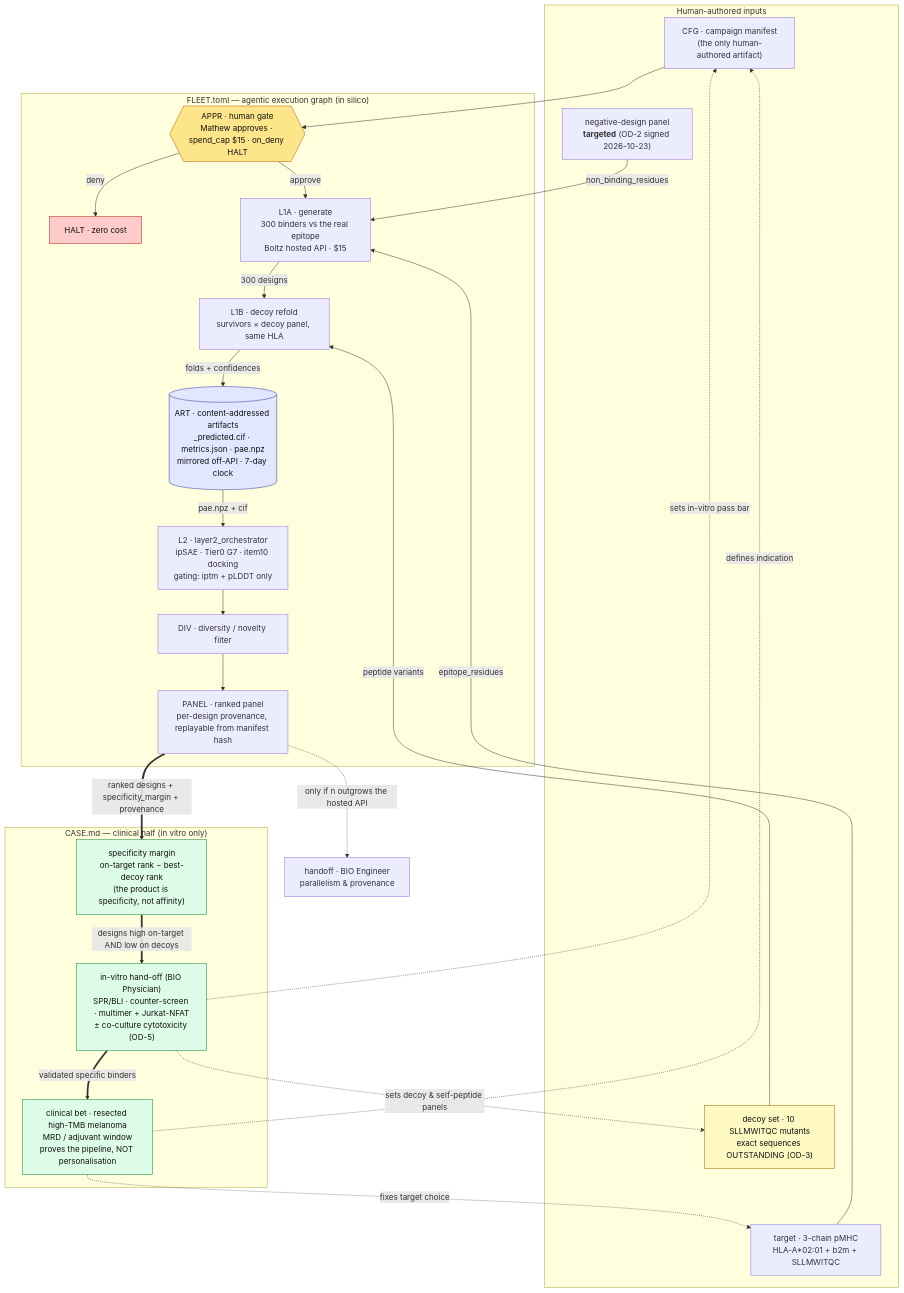
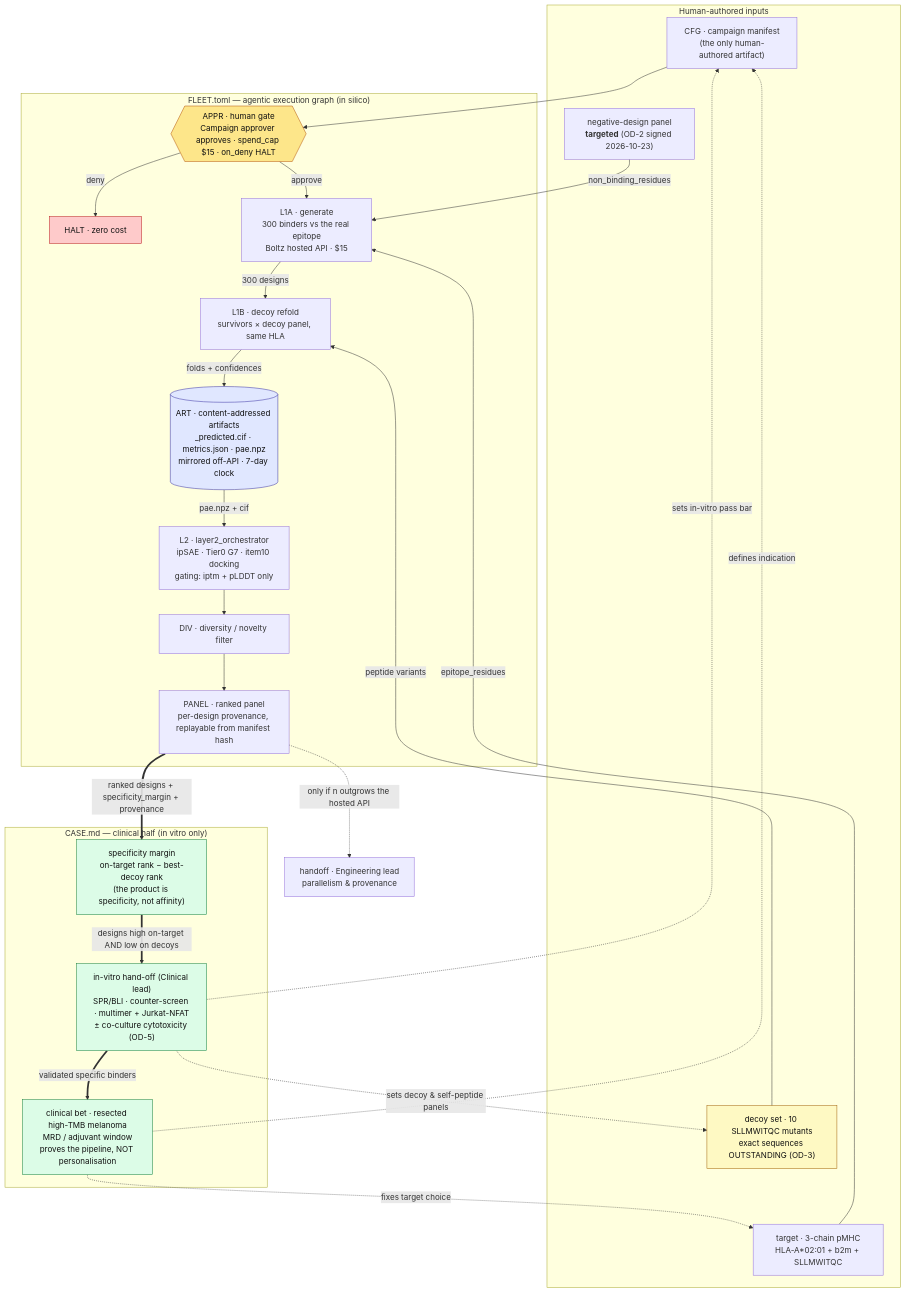
The diagram in fleets/campaigns/NYESO1-A0201/arch.mermaid (wetware-hq/wing), drawn with Mermaid before and after one commit. The commit also changed 23 other files, not shown here.

```diff
--- a/fleets/campaigns/NYESO1-A0201/arch.mermaid
+++ b/fleets/campaigns/NYESO1-A0201/arch.mermaid
@@ -1,68 +1,68 @@
 %% arch.mermaid — planned information transport, FLEET >> CASE
 %% Target NYESO1-A0201. Companion to FLEET.toml (machine half) and CASE.md (clinical half).
 %% Spend/submission status: see FLEET.toml spent_to_date_usd / submitted_to_date. Solid edges = execution; thick edges = the fleet>>case transport; dashed = requirements defined back by the case.
 flowchart TD
 
     subgraph HUMAN["Human-authored inputs"]
         CFG["CFG · campaign manifest<br/>(the only human-authored artifact)"]
         NEG["negative-design panel<br/><b>targeted</b> (OD-2 signed 2026-10-23)"]
         DEC["decoy set · 10 SLLMWITQC mutants<br/>exact sequences OUTSTANDING (OD-3)"]
         TGT["target · 3-chain pMHC<br/>HLA-A*02:01 + b2m + SLLMWITQC"]
     end
 
     subgraph FLEET["FLEET.toml — agentic execution graph (in silico)"]
-        APPR{{"APPR · human gate<br/>Mathew approves · spend_cap $15 · on_deny HALT"}}
+        APPR{{"APPR · human gate<br/>Campaign approver approves · spend_cap $15 · on_deny HALT"}}
         HALT["HALT · zero cost"]
         L1A["L1A · generate<br/>300 binders vs the real epitope<br/>Boltz hosted API · $15"]
         L1B["L1B · decoy refold<br/>survivors × decoy panel, same HLA"]
         ART[("ART · content-addressed artifacts<br/>_predicted.cif · metrics.json · pae.npz<br/>mirrored off-API · 7-day clock")]
         L2["L2 · layer2_orchestrator<br/>ipSAE · Tier0 G7 · item10 docking<br/>gating: iptm + pLDDT only"]
         DIV["DIV · diversity / novelty filter"]
         PANEL["PANEL · ranked panel<br/>per-design provenance, replayable from manifest hash"]
     end
 
     subgraph CASE["CASE.md — clinical half (in vitro only)"]
         MARGIN["specificity margin<br/>on-target rank − best-decoy rank<br/>(the product is specificity, not affinity)"]
-        INVITRO["in-vitro hand-off (BIO Physician)<br/>SPR/BLI · counter-screen · multimer + Jurkat-NFAT<br/>± co-culture cytotoxicity (OD-5)"]
+        INVITRO["in-vitro hand-off (Clinical lead)<br/>SPR/BLI · counter-screen · multimer + Jurkat-NFAT<br/>± co-culture cytotoxicity (OD-5)"]
         CLIN["clinical bet · resected high-TMB melanoma<br/>MRD / adjuvant window<br/>proves the pipeline, NOT personalisation"]
     end
 
     %% requirements the case defines back into the inputs (dashed, case >> fleet)
     CLIN -.->|defines indication| CFG
     CLIN -.->|fixes target choice| TGT
     INVITRO -.->|sets decoy & self-peptide panels| DEC
     INVITRO -.->|sets in-vitro pass bar| CFG
 
     %% human inputs into the graph
     CFG --> APPR
     NEG -->|non_binding_residues| L1A
     TGT -->|epitope_residues| L1A
     DEC -->|peptide variants| L1B
 
     %% forward execution + information transport inside the fleet
     APPR -->|deny| HALT
     APPR -->|approve| L1A
     L1A -->|300 designs| L1B
     L1B -->|folds + confidences| ART
     ART -->|pae.npz + cif| L2
     L2 --> DIV
     DIV --> PANEL
 
     %% the fleet >> case transport (thick)
     PANEL ==>|ranked designs + specificity_margin + provenance| MARGIN
     MARGIN ==>|designs high on-target AND low on decoys| INVITRO
     INVITRO ==>|validated specific binders| CLIN
 
     %% scale handoff
-    PANEL -.->|only if n outgrows the hosted API| ENG["handoff · BIO Engineer<br/>parallelism & provenance"]
+    PANEL -.->|only if n outgrows the hosted API| ENG["handoff · Engineering lead<br/>parallelism & provenance"]
 
     classDef gate fill:#fde68a,stroke:#b45309,color:#111;
     classDef halt fill:#fecaca,stroke:#b91c1c,color:#111;
     classDef store fill:#e0e7ff,stroke:#3730a3,color:#111;
     classDef caseNode fill:#dcfce7,stroke:#15803d,color:#111;
     classDef warn fill:#fef9c3,stroke:#a16207,color:#111;
     class APPR gate;
     class HALT halt;
     class ART store;
     class MARGIN,INVITRO,CLIN caseNode;
     class DEC warn;
```
